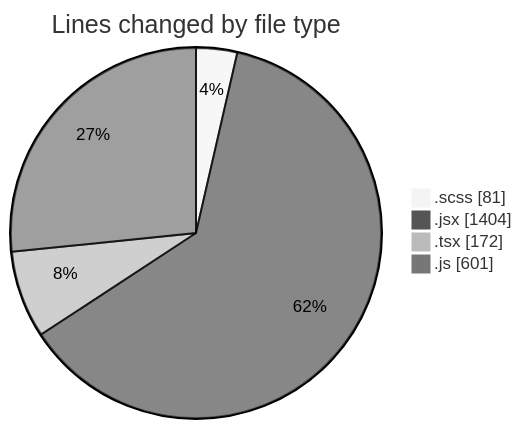
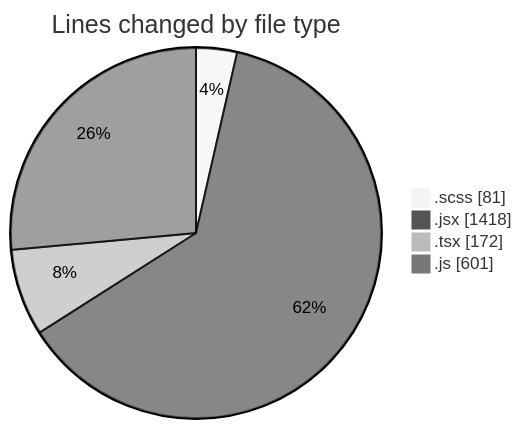
Before and after one commit to momahboobian/code-tracking: the first of 2 diagrams in 2025-06-03/cda/README.md, drawn with Mermaid (neutral theme). The commit also changed other lines of this file and 1 other file, not shown here.

````diff
--- a/2025-06-03/cda/README.md
+++ b/2025-06-03/cda/README.md
@@ -25,8 +25,8 @@
 ```mermaid
 pie showData
 title Lines changed by file type
 ".scss" : 81
-".jsx" : 1404
+".jsx" : 1418
 ".tsx" : 172
 ".js" : 601
 ```
````
